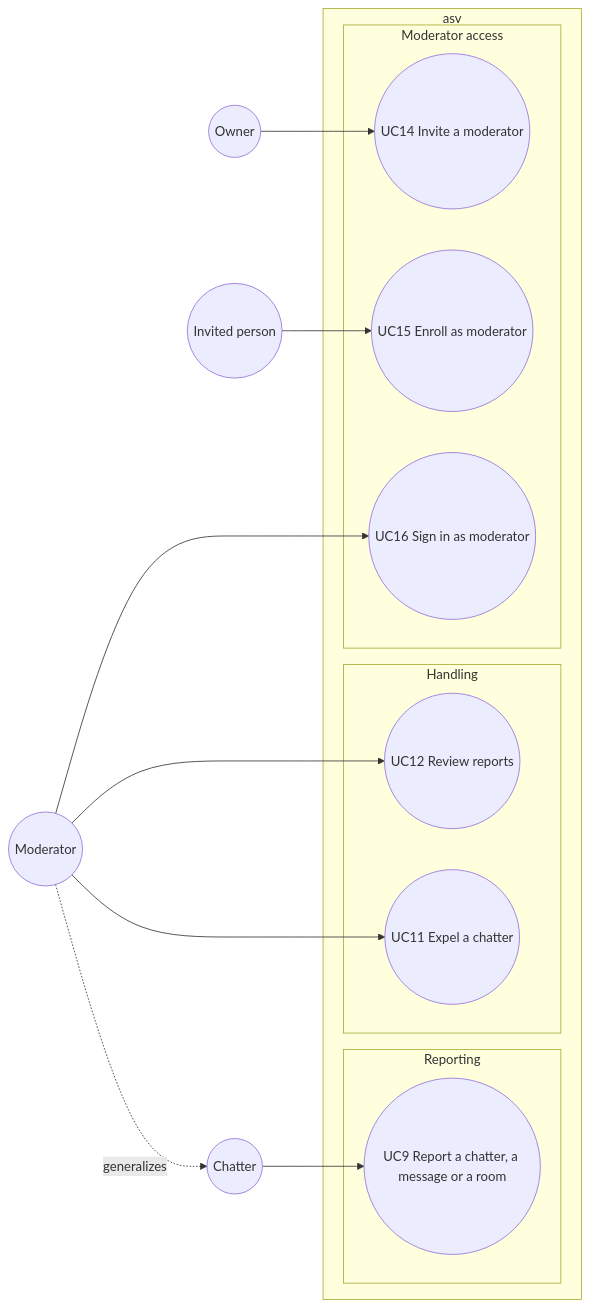
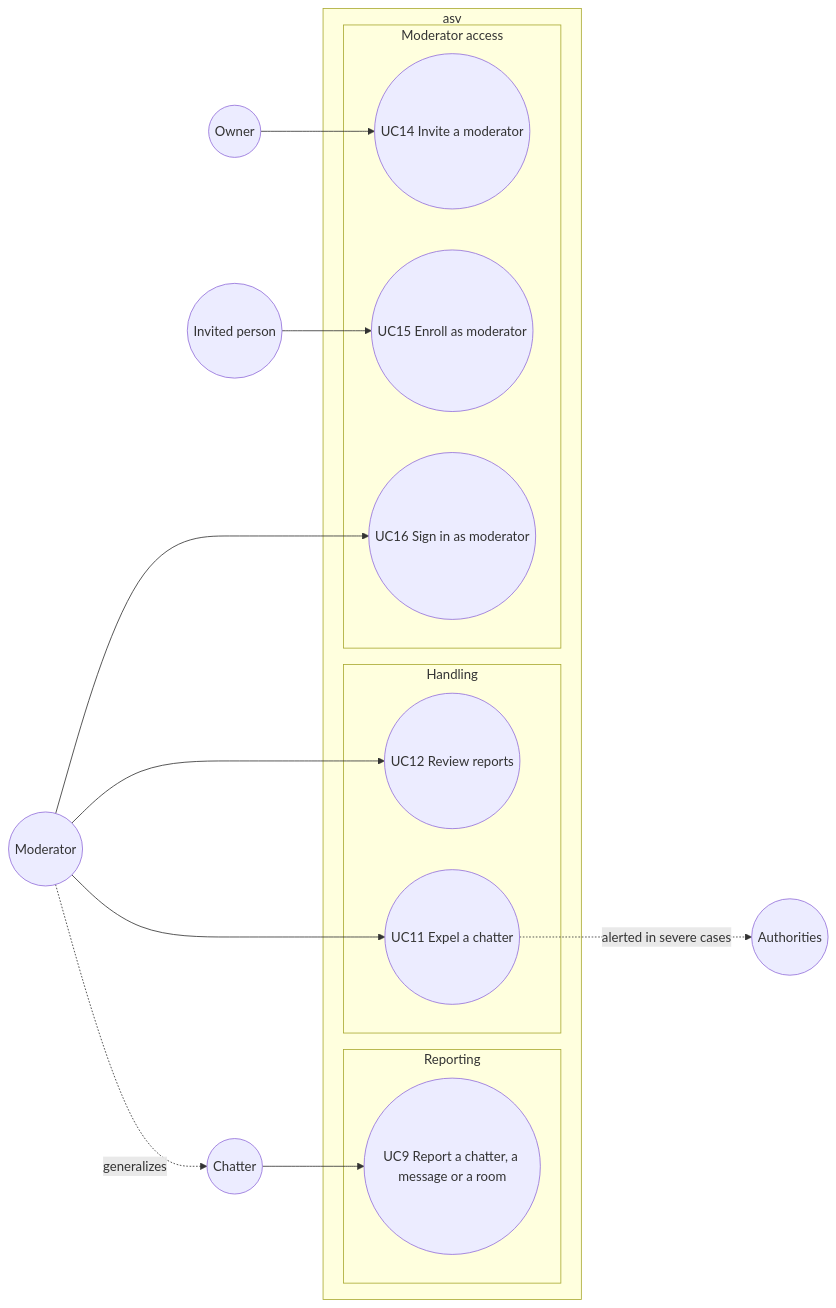
The diagram in docs/architecture/diagrams/moderation/01-use-case.md (benoit-bremaud/asv), drawn with Mermaid before and after one commit. The commit also changed other lines of this file and 43 other files, not shown here.

First line of the commit message:
docs: accounts for private messages, strikes, legal-first roadmap

````diff
--- a/docs/architecture/diagrams/moderation/01-use-case.md
+++ b/docs/architecture/diagrams/moderation/01-use-case.md
@@ -15,28 +15,30 @@
 ```mermaid
 flowchart LR
   Chatter(("Chatter"))
   Moderator(("Moderator"))
   Owner(("Owner"))
   Invitee(("Invited person"))
+  Authorities(("Authorities"))
   subgraph SYSTEM ["asv"]
     subgraph Reporting ["Reporting"]
       UC9(("UC9 Report a chatter, a message or a room"))
     end
     subgraph Handling ["Handling"]
       UC12(("UC12 Review reports"))
       UC11(("UC11 Expel a chatter"))
     end
     subgraph Access ["Moderator access"]
       UC14(("UC14 Invite a moderator"))
       UC15(("UC15 Enroll as moderator"))
       UC16(("UC16 Sign in as moderator"))
     end
   end
   Chatter --> UC9
   Moderator --> UC12
   Moderator --> UC11
   Moderator --> UC16
   Owner --> UC14
   Invitee --> UC15
+  UC11 -.->|"alerted in severe cases"| Authorities
   Moderator -.->|"generalizes"| Chatter
 ```
````
